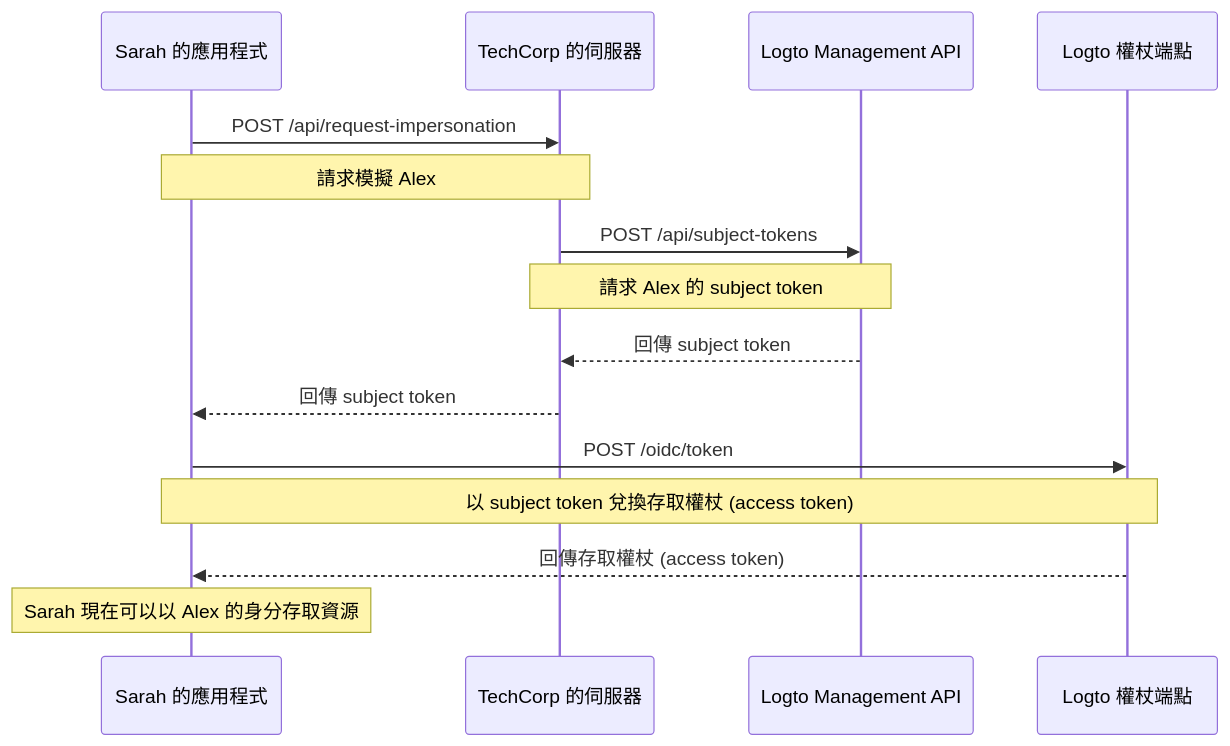
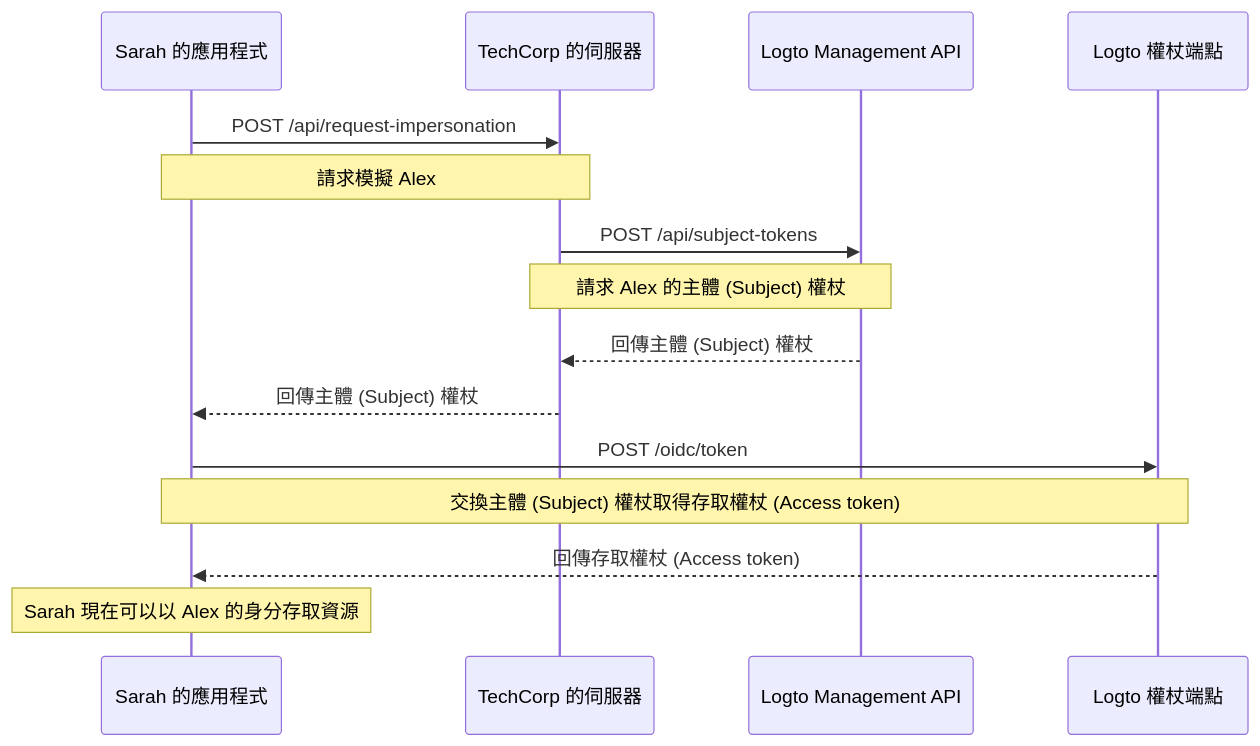
The diagram in i18n/zh-TW/docusaurus-plugin-content-docs/current/developers/user-impersonation.mdx (logto-io/docs), drawn with Mermaid before and after one commit. The commit also changed other lines of this file and 666 other files, not shown here.

````diff
--- a/i18n/zh-TW/docusaurus-plugin-content-docs/current/developers/user-impersonation.mdx
+++ b/i18n/zh-TW/docusaurus-plugin-content-docs/current/developers/user-impersonation.mdx
@@ -18,22 +18,22 @@
 ```mermaid
 sequenceDiagram
     participant Sarah as Sarah 的應用程式
     participant TechCorp as TechCorp 的伺服器
     participant Logto as Logto Management API
     participant LogtoToken as Logto 權杖端點
 
     Sarah->>TechCorp: POST /api/request-impersonation
     Note over Sarah,TechCorp: 請求模擬 Alex
 
     TechCorp->>Logto: POST /api/subject-tokens
-    Note over TechCorp,Logto: 請求 Alex 的 subject token
+    Note over TechCorp,Logto: 請求 Alex 的主體 (Subject) 權杖
 
-    Logto-->>TechCorp: 回傳 subject token
-    TechCorp-->>Sarah: 回傳 subject token
+    Logto-->>TechCorp: 回傳主體 (Subject) 權杖
+    TechCorp-->>Sarah: 回傳主體 (Subject) 權杖
 
     Sarah->>LogtoToken: POST /oidc/token
-    Note over Sarah,LogtoToken: 以 subject token 兌換存取權杖 (access token)
+    Note over Sarah,LogtoToken: 交換主體 (Subject) 權杖取得存取權杖 (Access token)
 
-    LogtoToken-->>Sarah: 回傳存取權杖 (access token)
+    LogtoToken-->>Sarah: 回傳存取權杖 (Access token)
     Note over Sarah: Sarah 現在可以以 Alex 的身分存取資源
 ```
````
